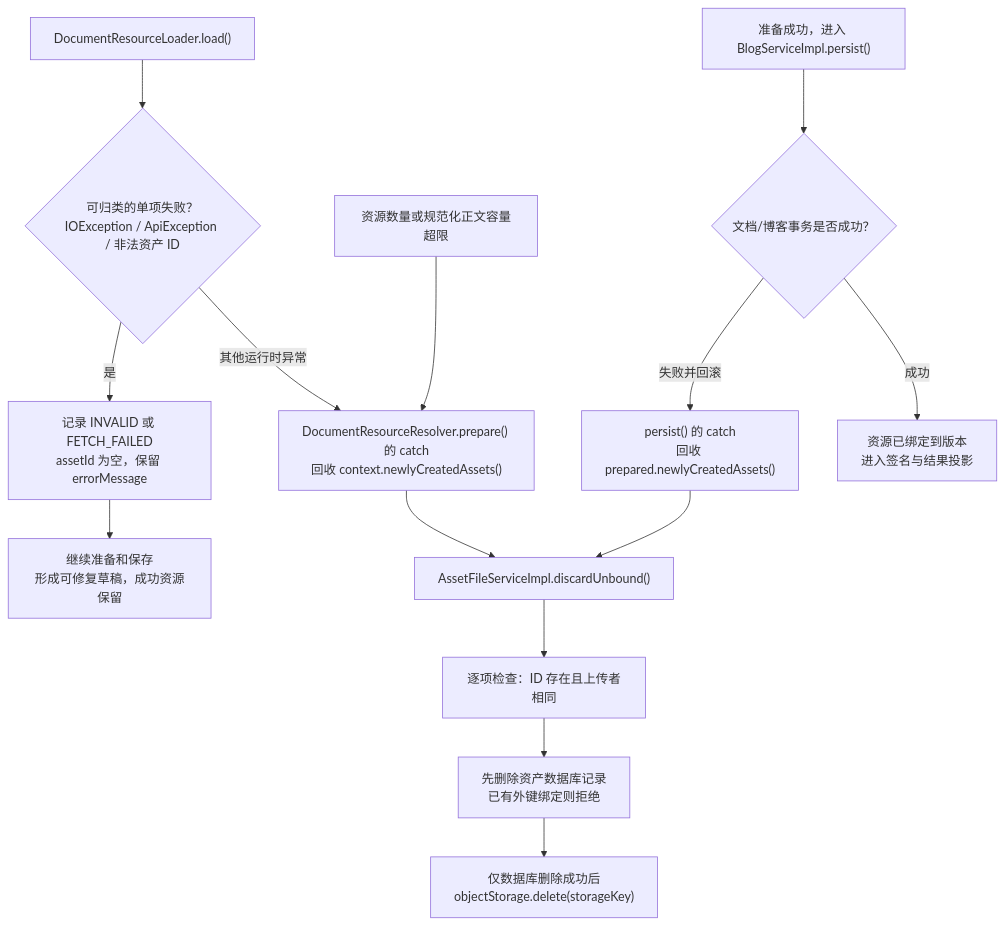
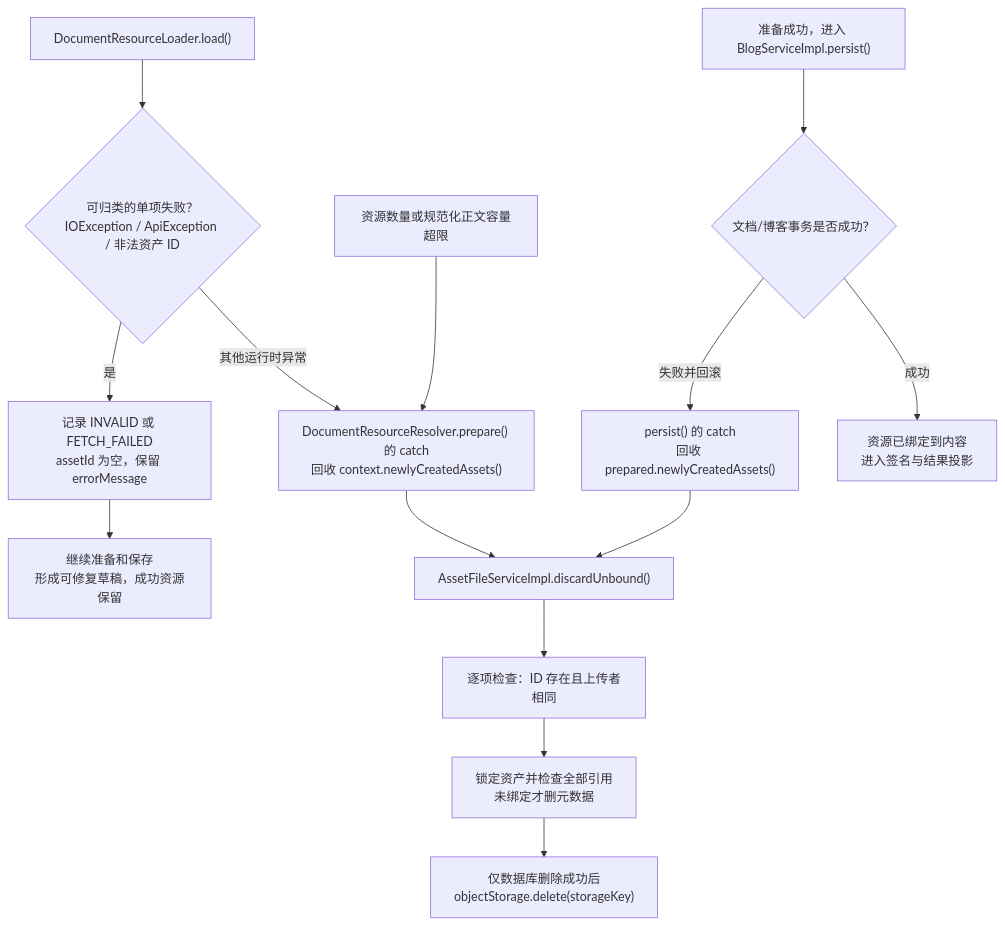
Before and after one commit to WKING66/mai-s-portfolio: the seventh of 8 diagrams in resources/learning/document-import-lifecycle.md, drawn with Mermaid. The commit also changed other lines of this file and 76 other files, not shown here.

````diff
--- a/resources/learning/document-import-lifecycle.md
+++ b/resources/learning/document-import-lifecycle.md
@@ -644,16 +603,16 @@
 ```mermaid
 flowchart TD
     A["DocumentResourceLoader.load()"] --> B{"可归类的单项失败？<br/>IOException / ApiException / 非法资产 ID"}
     B -- "是" --> C["记录 INVALID 或 FETCH_FAILED<br/>assetId 为空，保留 errorMessage"]
     C --> D["继续准备和保存<br/>形成可修复草稿，成功资源保留"]
     B -- "其他运行时异常" --> E["DocumentResourceResolver.prepare() 的 catch<br/>回收 context.newlyCreatedAssets()"]
     F["资源数量或规范化正文容量超限"] --> E
     G["准备成功，进入 BlogServiceImpl.persist()"] --> H{"文档/博客事务是否成功？"}
     H -- "失败并回滚" --> I["persist() 的 catch<br/>回收 prepared.newlyCreatedAssets()"]
-    H -- "成功" --> J["资源已绑定到版本<br/>进入签名与结果投影"]
+    H -- "成功" --> J["资源已绑定到内容<br/>进入签名与结果投影"]
     E --> K["AssetFileServiceImpl.discardUnbound()"]
     I --> K
     K --> L["逐项检查：ID 存在且上传者相同"]
-    L --> M["先删除资产数据库记录<br/>已有外键绑定则拒绝"]
+    L --> M["锁定资产并检查全部引用<br/>未绑定才删元数据"]
     M --> N["仅数据库删除成功后<br/>objectStorage.delete(storageKey)"]
 ```
````
